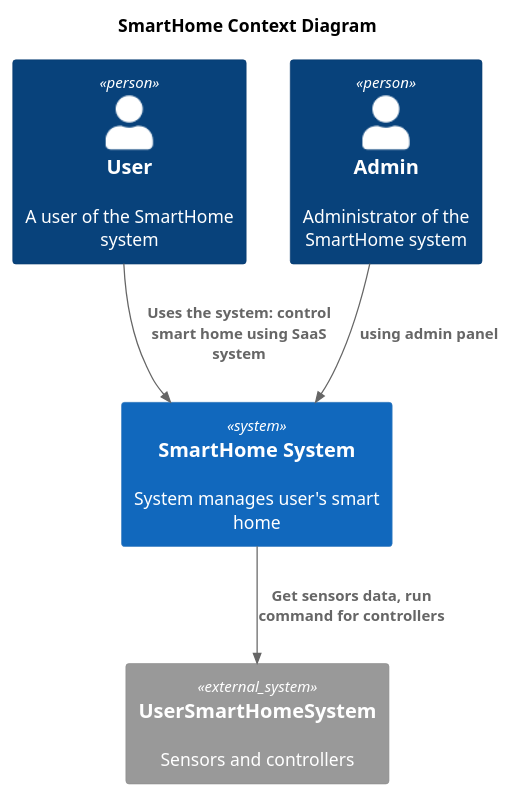
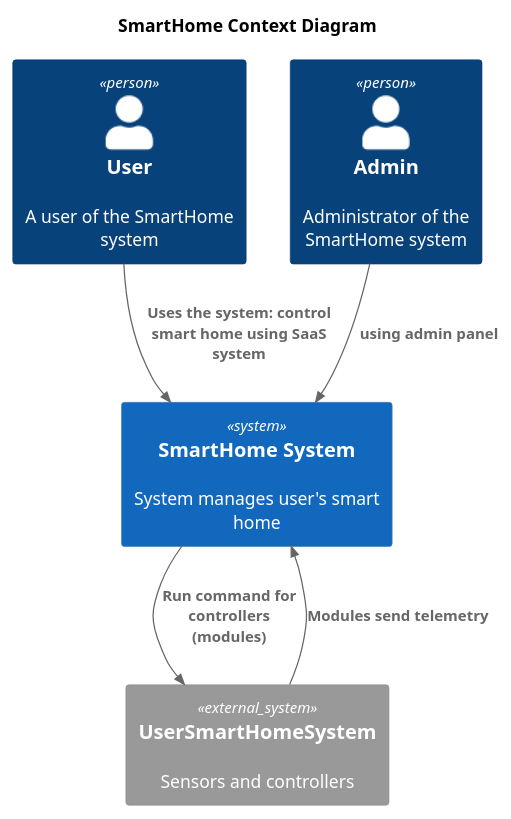
The diagram in docs/tobe/Context.puml (misikch/ya-practicum-arch-sprint-3), drawn with PlantUML before and after one commit. The commit also changed 14 other files, not shown here.

```diff
--- a/docs/tobe/Context.puml
+++ b/docs/tobe/Context.puml
@@ -1,19 +1,21 @@
 @startuml
 title SmartHome Context Diagram
 
 top to bottom direction
 
-!include ./C4_Context.puml
+'!include ./C4_Context.puml
+!include https://raw.githubusercontent.com/plantuml-stdlib/C4-PlantUML/master/C4_Context.puml
 
 Person(user, "User", "A user of the SmartHome system")
 Person(admin, "Admin", "Administrator of the SmartHome system")
 
 System(SmartHomeSystem, "SmartHome System", "System manages user's smart home")
 
 System_Ext(usersHome, "UserSmartHomeSystem", "Sensors and controllers")
 
 Rel(user, SmartHomeSystem, "Uses the system: control smart home using SaaS system")
 Rel(admin, SmartHomeSystem, "using admin panel")
-Rel(SmartHomeSystem, usersHome,"Get sensors data, run command for controllers")
+Rel(SmartHomeSystem, usersHome,"Run command for controllers\n(modules)")
+Rel(usersHome, SmartHomeSystem, "Modules send telemetry")
 
 @enduml
```
